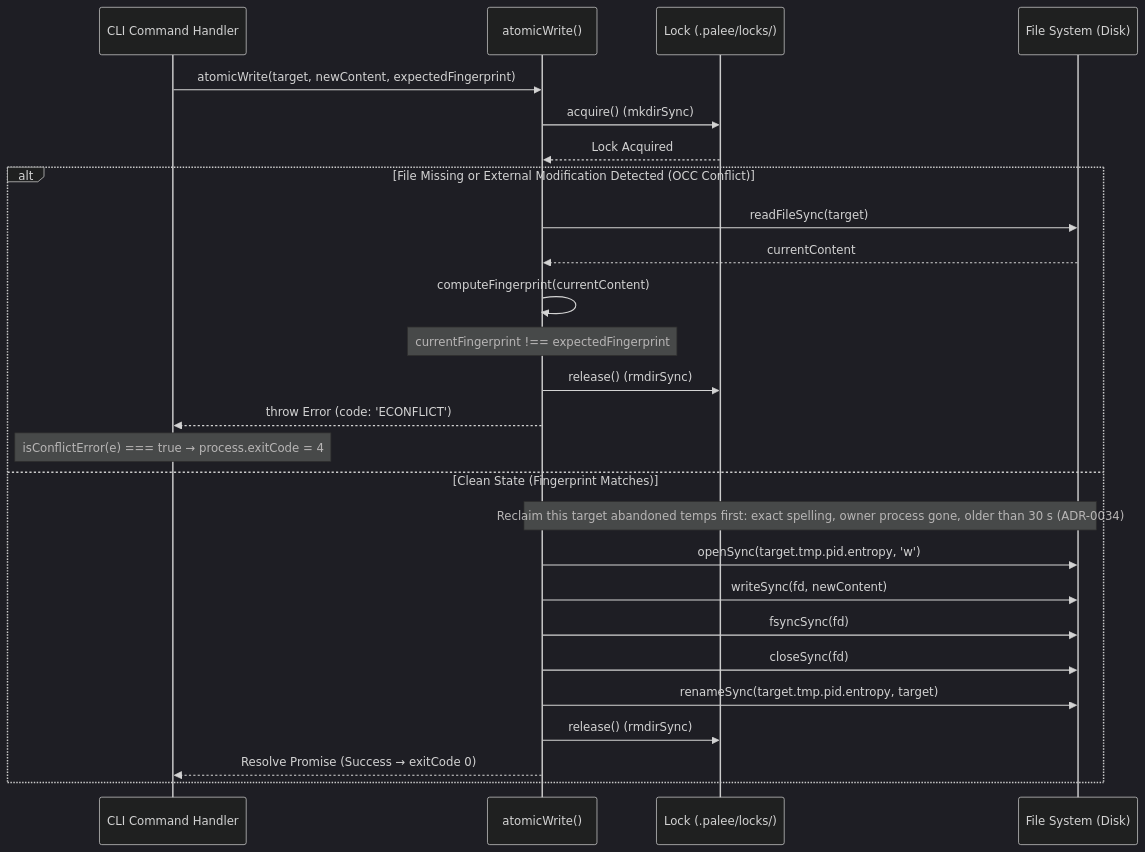
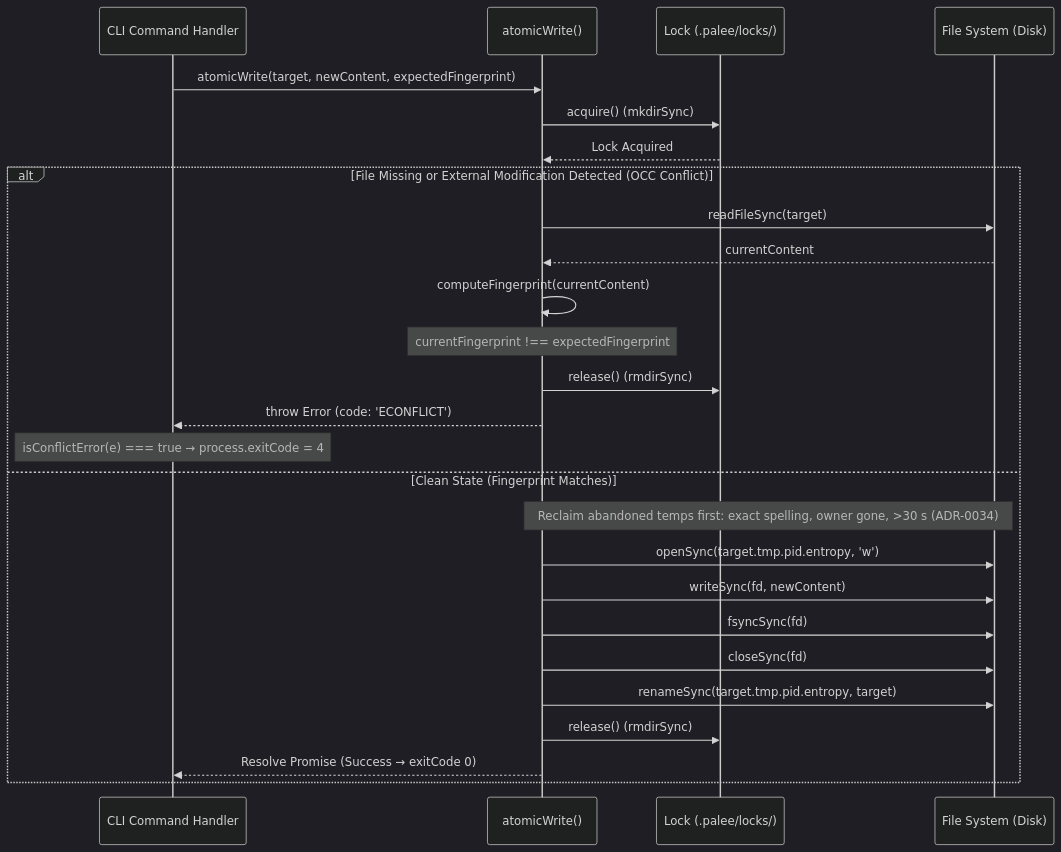
One commit to Kuldeep2822k/cli changed the first of 2 diagrams in docs/04-1-frontmatter-parser-and-atomic-writes.md. Above: the diagram before and after it, drawn with Mermaid (dark theme). The commit also changed other lines of this file and 77 other files, not shown here.

````diff
--- a/docs/04-1-frontmatter-parser-and-atomic-writes.md
+++ b/docs/04-1-frontmatter-parser-and-atomic-writes.md
@@ -82,30 +86,30 @@
 ```mermaid
 sequenceDiagram
     participant CLI as CLI Command Handler
     participant AW as atomicWrite()
     participant Lock as Lock (.palee/locks/)
     participant FS as File System (Disk)
 
     CLI->>AW: atomicWrite(target, newContent, expectedFingerprint)
     AW->>Lock: acquire() (mkdirSync)
     Lock-->>AW: Lock Acquired
 
     alt File Missing or External Modification Detected (OCC Conflict)
         AW->>FS: readFileSync(target)
         FS-->>AW: currentContent
         AW->>AW: computeFingerprint(currentContent)
         Note over AW: currentFingerprint !== expectedFingerprint
         AW->>Lock: release() (rmdirSync)
         AW-->>CLI: throw Error (code: 'ECONFLICT')
         Note over CLI: isConflictError(e) === true → process.exitCode = 4
     else Clean State (Fingerprint Matches)
-        Note over AW,FS: Reclaim this target abandoned temps first: exact spelling, owner process gone, older than 30 s (ADR-0034)
+        Note over AW,FS: Reclaim abandoned temps first: exact spelling, owner gone, >30 s (ADR-0034)
         AW->>FS: openSync(target.tmp.pid.entropy, 'w')
         AW->>FS: writeSync(fd, newContent)
         AW->>FS: fsyncSync(fd)
         AW->>FS: closeSync(fd)
         AW->>FS: renameSync(target.tmp.pid.entropy, target)
         AW->>Lock: release() (rmdirSync)
         AW-->>CLI: Resolve Promise (Success → exitCode 0)
     end
 ```
````
